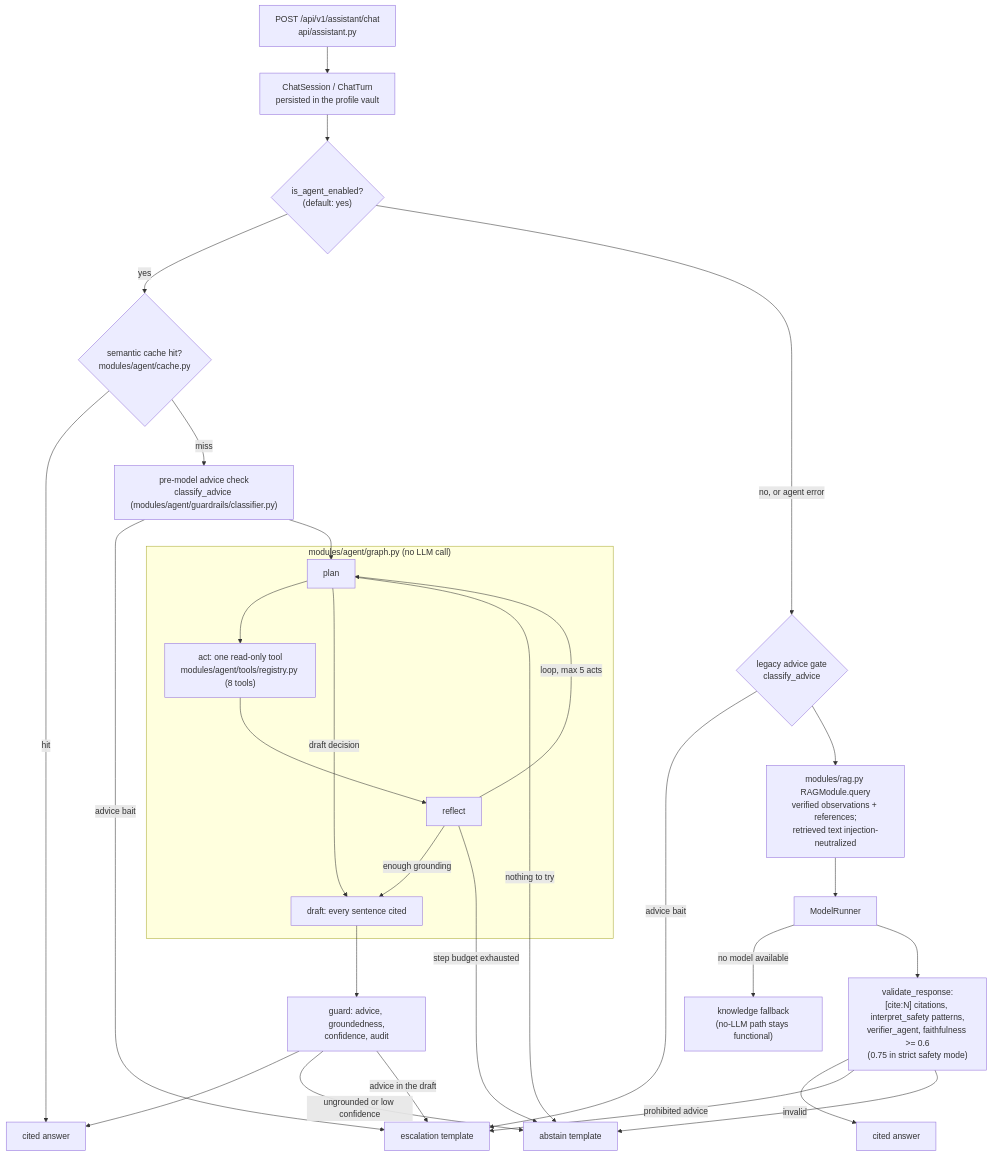
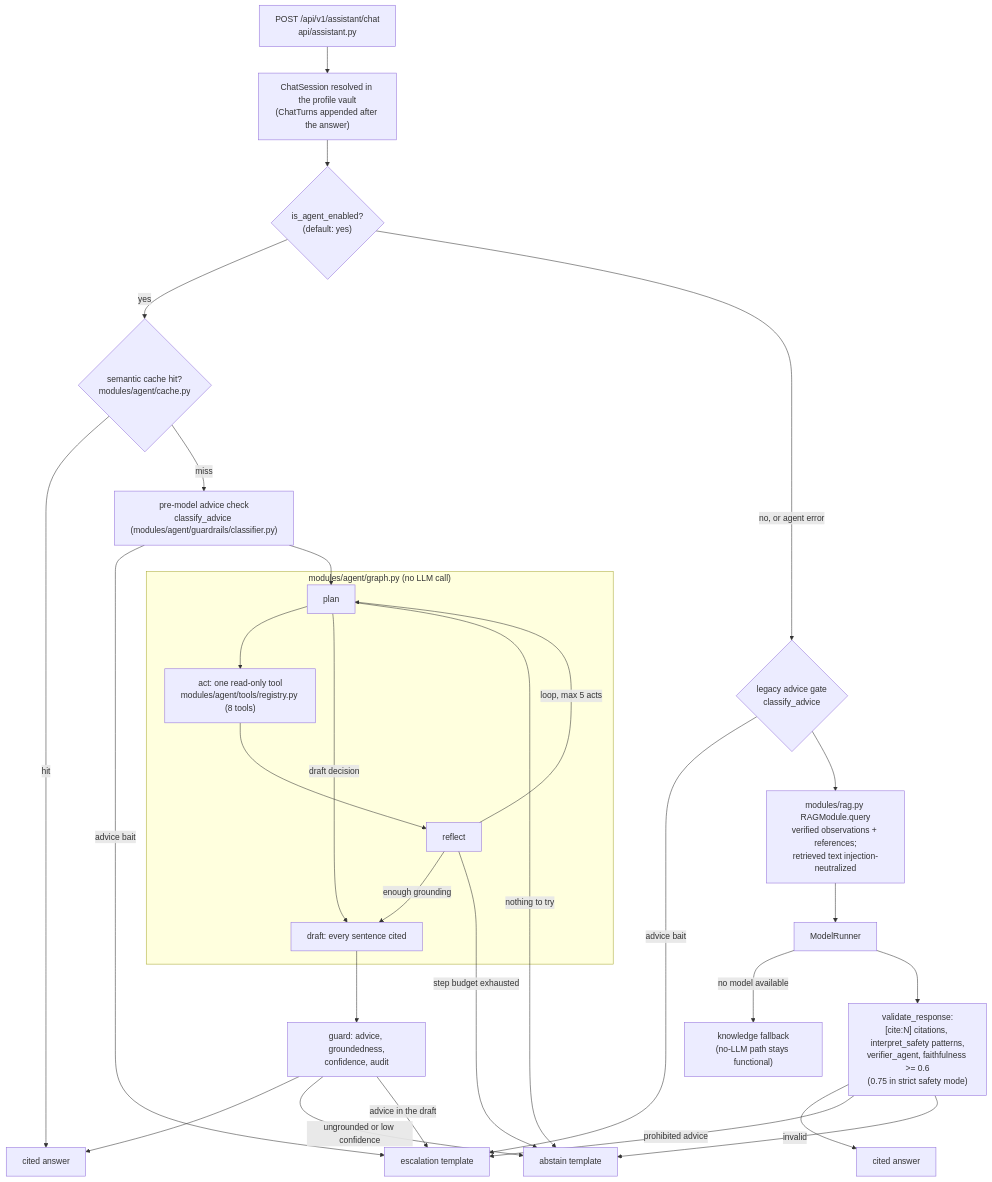
One commit to BrooklynD23/HealthCentral changed the second of 4 diagrams in docs/architecture/overview.md. Above: the diagram before and after it, drawn with Mermaid. The commit also changed other lines of this file and 6 other files, not shown here.

````diff
--- a/docs/architecture/overview.md
+++ b/docs/architecture/overview.md
@@ -66,34 +66,34 @@
 ```mermaid
 flowchart TD
-    Q["POST /api/v1/assistant/chat<br/>api/assistant.py"] --> SESS["ChatSession / ChatTurn<br/>persisted in the profile vault"]
+    Q["POST /api/v1/assistant/chat<br/>api/assistant.py"] --> SESS["ChatSession resolved in the profile vault<br/>(ChatTurns appended after the answer)"]
     SESS --> SW{"is_agent_enabled?<br/>(default: yes)"}
 
     SW -->|yes| CACHE{"semantic cache hit?<br/>modules/agent/cache.py"}
     CACHE -->|hit| AANS
     CACHE -->|miss| PRE["pre-model advice check<br/>classify_advice (modules/agent/guardrails/classifier.py)"]
     PRE -->|"advice bait"| ESC["escalation template"]
     PRE --> PLAN
     subgraph AGENT["modules/agent/graph.py (no LLM call)"]
         PLAN["plan"] --> ACT["act: one read-only tool<br/>modules/agent/tools/registry.py (8 tools)"]
         PLAN -->|"draft decision"| DRAFT
         ACT --> REFL["reflect"]
         REFL -->|"loop, max 5 acts"| PLAN
         REFL -->|"enough grounding"| DRAFT["draft: every sentence cited"]
     end
     DRAFT --> GUARD["guard: advice, groundedness,<br/>confidence, audit"]
     GUARD --> AANS["cited answer"]
     GUARD -->|"ungrounded or low confidence"| ABS["abstain template"]
     GUARD -->|"advice in the draft"| ESC
     PLAN -->|"nothing to try"| ABS
     REFL -->|"step budget exhausted"| ABS
 
     SW -->|"no, or agent error"| LGATE{"legacy advice gate<br/>classify_advice"}
     LGATE -->|"advice bait"| ESC
     LGATE --> RAG["modules/rag.py RAGModule.query<br/>verified observations + references;<br/>retrieved text injection-neutralized"]
     RAG --> MR["ModelRunner"]
     MR -->|"no model available"| FB["knowledge fallback<br/>(no-LLM path stays functional)"]
     MR --> VAL["validate_response:<br/>[cite:N] citations, interpret_safety patterns,<br/>verifier_agent, faithfulness >= 0.6<br/>(0.75 in strict safety mode)"]
     VAL --> LANS["cited answer"]
     VAL -->|"prohibited advice"| ESC
     VAL -->|"invalid"| ABS
 ```
````
